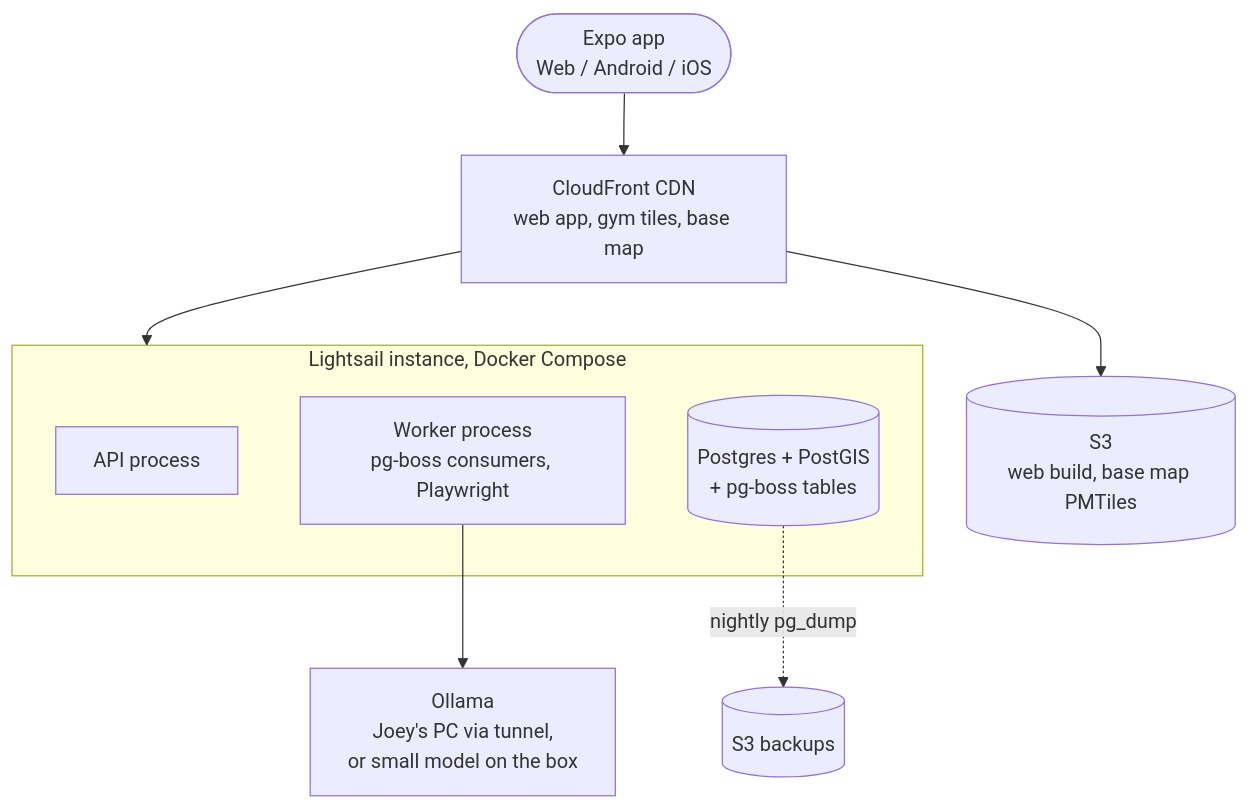
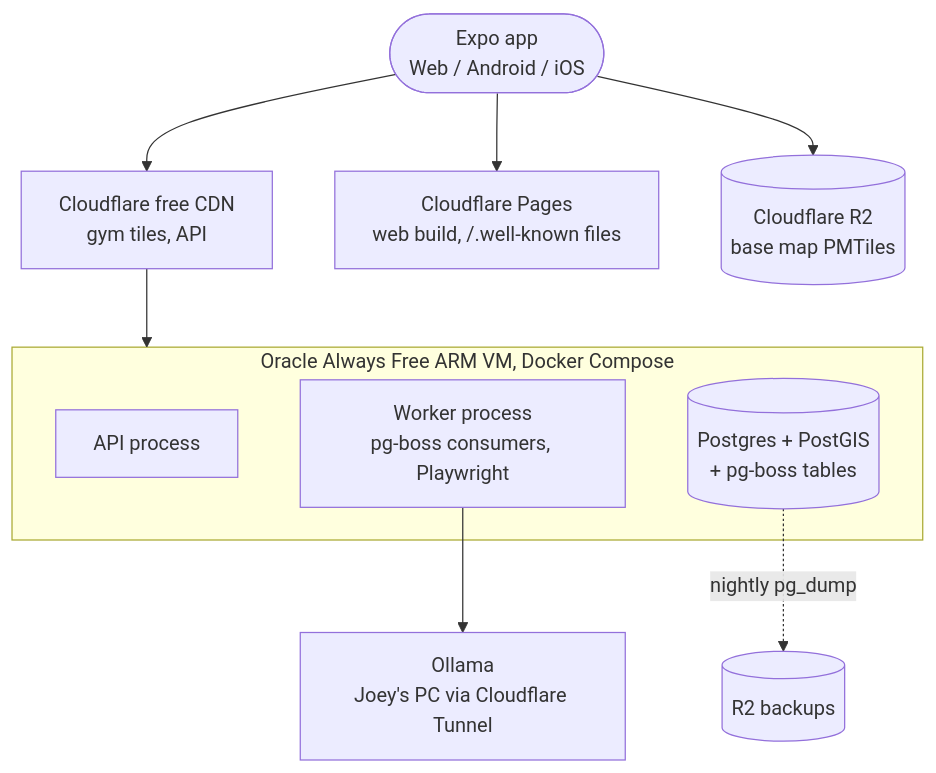
One commit to AbsentLung/GymFinder changed the second of 8 diagrams in docs/STACK_AND_SCHEMA.md. Above: the diagram before and after it, drawn with Mermaid. The commit also changed other lines of this file and 3 other files, not shown here.

First line of the commit message:
Host demo mode on Oracle Always Free VM + Cloudflare

````diff
--- a/docs/STACK_AND_SCHEMA.md
+++ b/docs/STACK_AND_SCHEMA.md
@@ -100,13 +100,14 @@
 ```mermaid
 flowchart TB
-    U([Expo app<br/>Web / Android / iOS]) --> CF[CloudFront CDN<br/>web app, gym tiles, base map]
-    CF --> S3[(S3<br/>web build, base map PMTiles)]
-    CF --> LS
-    subgraph LS[Lightsail instance, Docker Compose]
+    U([Expo app<br/>Web / Android / iOS]) --> CF[Cloudflare free CDN<br/>gym tiles, API]
+    U --> CP[Cloudflare Pages<br/>web build, /.well-known files]
+    U --> R2[(Cloudflare R2<br/>base map PMTiles)]
+    CF --> VM
+    subgraph VM[Oracle Always Free ARM VM, Docker Compose]
         API[API process]
         WK[Worker process<br/>pg-boss consumers, Playwright]
         PG[(Postgres + PostGIS<br/>+ pg-boss tables)]
     end
-    WK --> OL[Ollama<br/>Joey's PC via tunnel,<br/>or small model on the box]
-    PG -. nightly pg_dump .-> S3B[(S3 backups)]
+    WK --> OL[Ollama<br/>Joey's PC via Cloudflare Tunnel]
+    PG -. nightly pg_dump .-> R2B[(R2 backups)]
 ```
````
